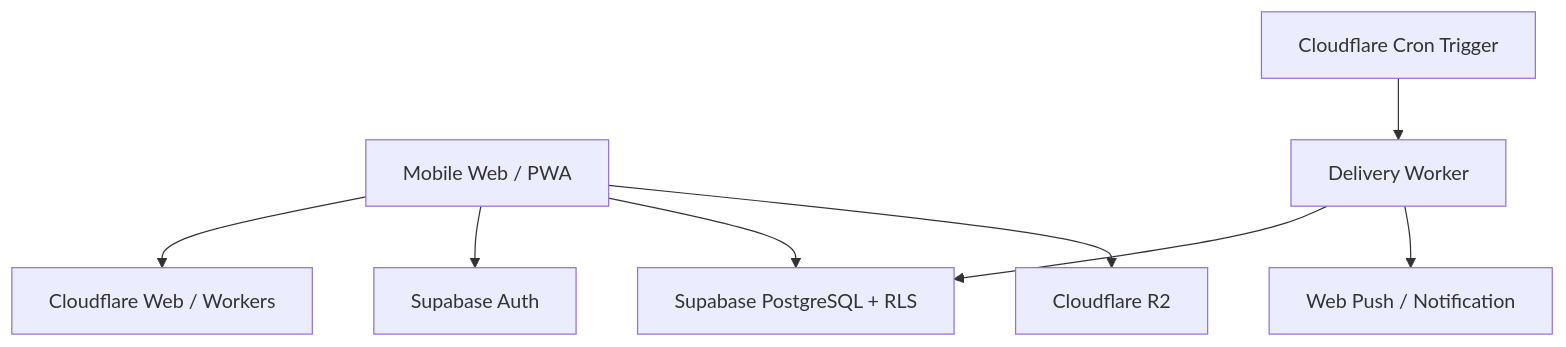
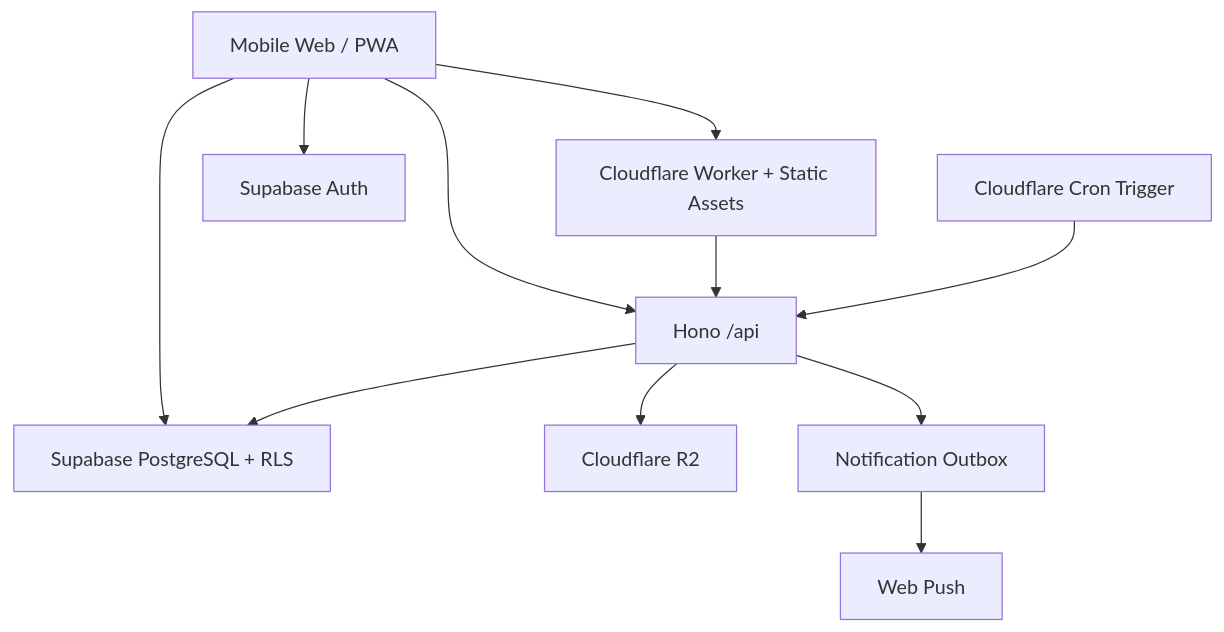
Before and after one commit to hondasports-dev/Re-Me: the diagram in docs/architecture/overview.md, drawn with Mermaid. The commit also changed other lines of this file, not shown here.

Commit message:
docs: align architecture with Vue Cloudflare stack

````diff
--- a/docs/architecture/overview.md
+++ b/docs/architecture/overview.md
@@ -7,10 +7,23 @@
 ```mermaid
 flowchart TB
-    U[Mobile Web / PWA] --> CF[Cloudflare Web / Workers]
-    U --> SA[Supabase Auth]
-    U --> DB[Supabase PostgreSQL + RLS]
-    U --> R2[Cloudflare R2]
-    CRON[Cloudflare Cron Trigger] --> WORKER[Delivery Worker]
-    WORKER --> DB
-    WORKER --> PUSH[Web Push / Notification]
+    U[Mobile Web / PWA]
+    CF[Cloudflare Worker + Static Assets]
+    API[Hono /api]
+    SA[Supabase Auth]
+    DB[Supabase PostgreSQL + RLS]
+    R2[Cloudflare R2]
+    CRON[Cloudflare Cron Trigger]
+    OUTBOX[Notification Outbox]
+    PUSH[Web Push]
+
+    U --> CF
+    U --> SA
+    U --> DB
+    U --> API
+    CF --> API
+    API --> R2
+    API --> DB
+    CRON --> API
+    API --> OUTBOX
+    OUTBOX --> PUSH
 ```
````
